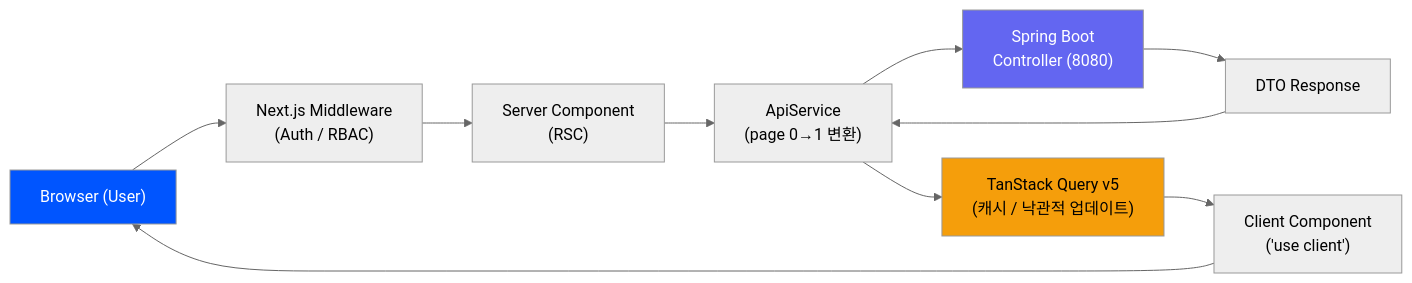
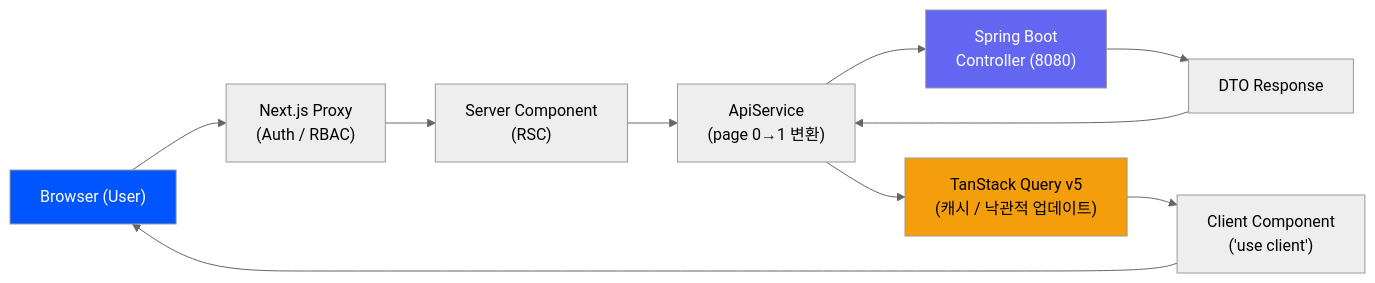
Before and after one commit to lkindo/egov-enterprise: the diagram in docs/02-architecture/frontend-architecture.md, drawn with Mermaid (neutral theme). The commit also changed other lines of this file and 102 other files, not shown here.

````diff
--- a/docs/02-architecture/frontend-architecture.md
+++ b/docs/02-architecture/frontend-architecture.md
@@ -11,17 +11,17 @@
 ```mermaid
 graph LR
-    A["Browser (User)"] --> B["Next.js Middleware<br/>(Auth / RBAC)"]
+    A["Browser (User)"] --> B["Next.js Proxy<br/>(Auth / RBAC)"]
     B --> C["Server Component<br/>(RSC)"]
     C --> D["ApiService<br/>(page 0→1 변환)"]
     D --> E["Spring Boot<br/>Controller (8080)"]
     
     E --> F["DTO Response"]
     F --> D
     D --> G["TanStack Query v5<br/>(캐시 / 낙관적 업데이트)"]
     G --> H["Client Component<br/>('use client')"]
     H --> A
 
     style A fill:#0055FF,color:#fff
     style E fill:#6366f1,color:#fff
     style G fill:#f59e0b,color:#000
 ```
````
